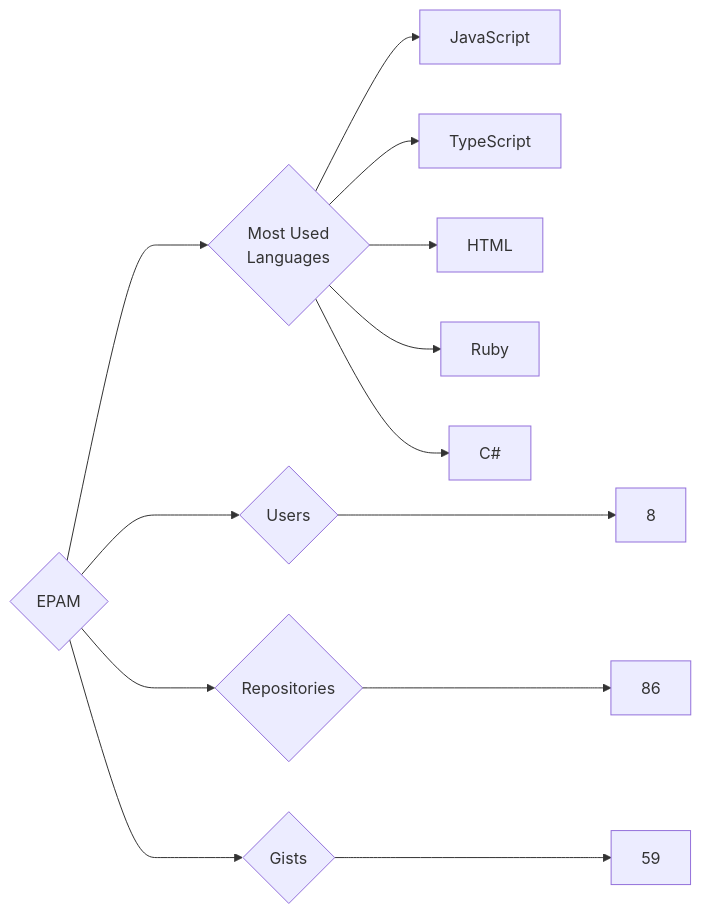
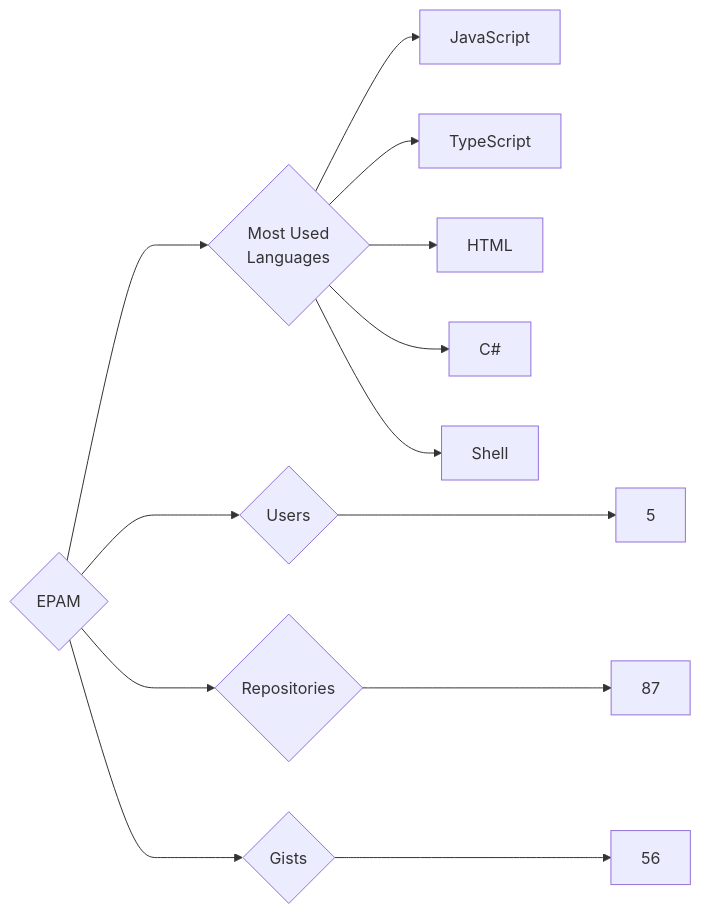
The diagram in targets/EPAM/README.md (trickest/insiders), drawn with Mermaid before and after one commit. The commit also changed 1141 other files, not shown here.

````diff
--- a/targets/EPAM/README.md
+++ b/targets/EPAM/README.md
@@ -3,13 +3,13 @@
 ```mermaid
 graph LR
 COMPANY_NAME{EPAM}
-COMPANY_NAME ---> U{Users} ---> UN[8]
-COMPANY_NAME ---> R{Repositories} ---> RN[86]
-COMPANY_NAME ---> G{Gists} ---> GN[59]
+COMPANY_NAME ---> U{Users} ---> UN[5]
+COMPANY_NAME ---> R{Repositories} ---> RN[87]
+COMPANY_NAME ---> G{Gists} ---> GN[56]
 COMPANY_NAME ---> ML{Most Used<br>Languages}
 ML --> JavaScript[JavaScript]
 ML --> TypeScript[TypeScript]
 ML --> HTML[HTML]
-ML --> Ruby[Ruby]
 ML --> C#[C#]
+ML --> Shell[Shell]
 ```
````
